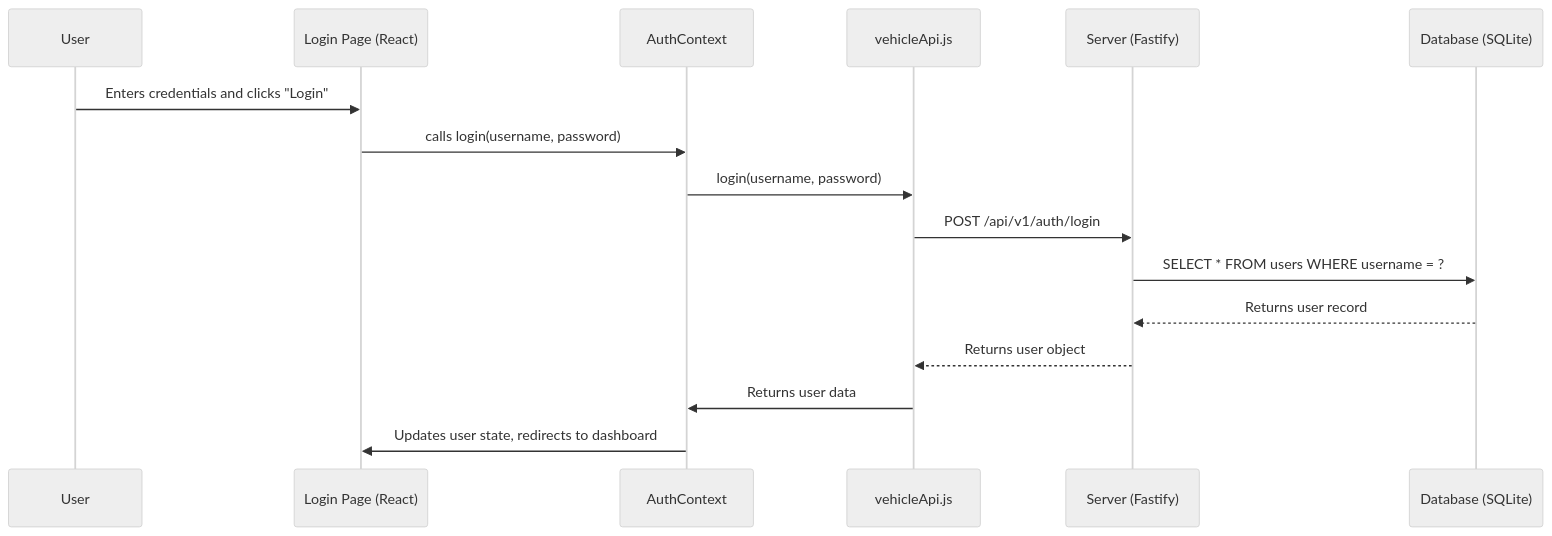
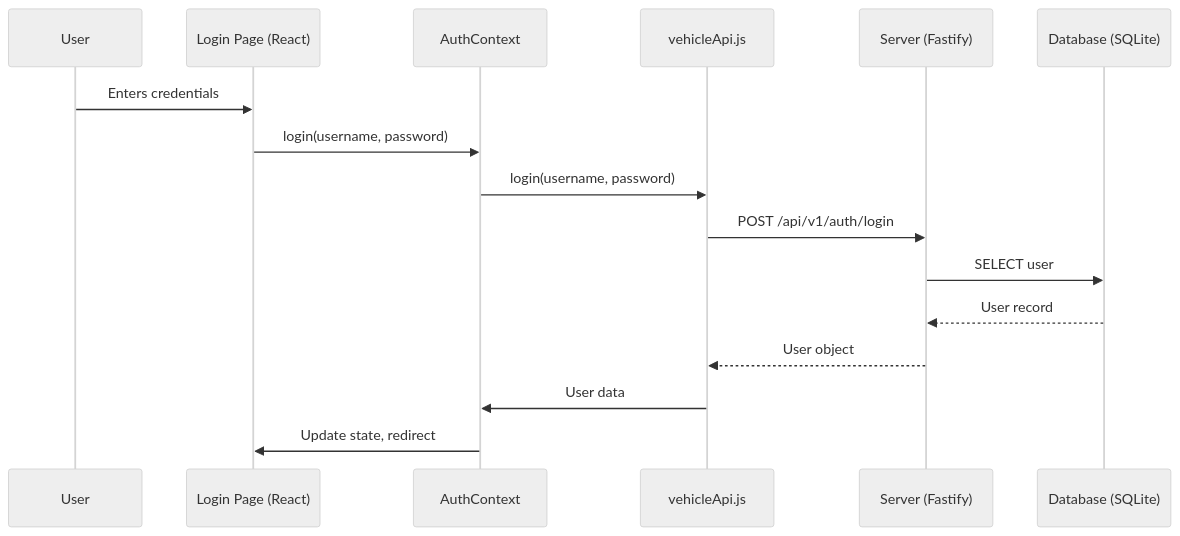
Before and after one commit to alokkumar-projects/wex-automotive: the fifth of 6 diagrams in README.md, drawn with Mermaid (neutral theme). The commit also changed other lines of this file, not shown here.

Commit message:
docs(readme): added the login/signup journey for users in readme

````diff
--- a/README.md
+++ b/README.md
@@ -115,19 +129,19 @@
 ```mermaid
 sequenceDiagram
     participant User
     participant Login Page (React)
     participant AuthContext
     participant vehicleApi.js
     participant Server (Fastify)
     participant Database (SQLite)
 
-    User->>Login Page (React): Enters credentials and clicks "Login"
-    Login Page (React)->>AuthContext: calls login(username, password)
+    User->>Login Page (React): Enters credentials
+    Login Page (React)->>AuthContext: login(username, password)
     AuthContext->>vehicleApi.js: login(username, password)
     vehicleApi.js->>Server (Fastify): POST /api/v1/auth/login
-    Server (Fastify)->>Database (SQLite): SELECT * FROM users WHERE username = ?
-    Database (SQLite)-->>Server (Fastify): Returns user record
-    Server (Fastify)-->>vehicleApi.js: Returns user object
-    vehicleApi.js->>AuthContext: Returns user data
-    AuthContext->>Login Page (React): Updates user state, redirects to dashboard
+    Server (Fastify)->>Database (SQLite): SELECT user
+    Database (SQLite)-->>Server (Fastify): User record
+    Server (Fastify)-->>vehicleApi.js: User object
+    vehicleApi.js->>AuthContext: User data
+    AuthContext->>Login Page (React): Update state, redirect
 ```
````
